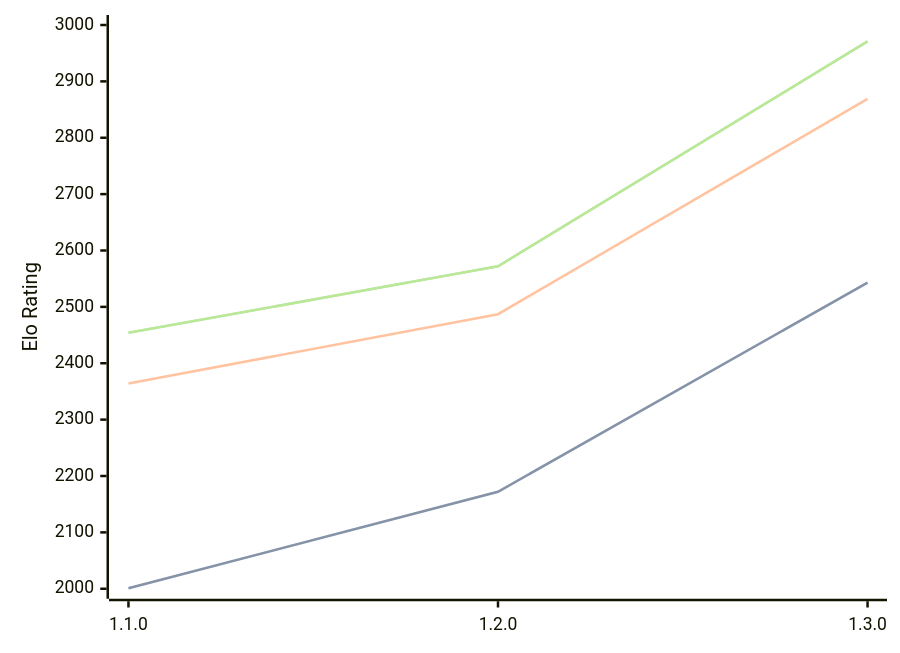
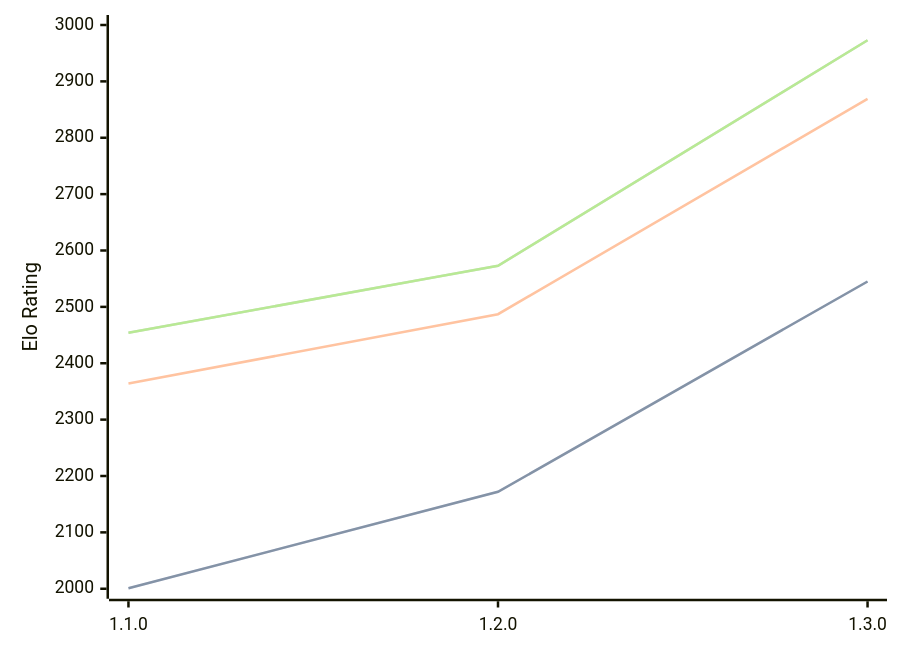
One commit to computer-chess-index/cci changed the diagram in engines/Gyatso.md. Above: the diagram before and after it, drawn with Mermaid. The commit also changed other lines of this file, not shown here.

Commit message:
Update CCI Ratings (ELO VLTC) - 2026-05-14

````diff
--- a/engines/Gyatso.md
+++ b/engines/Gyatso.md
@@ -34,11 +34,11 @@
 ```mermaid
 %%{init: {"theme":"base","themeVariables":{"seriesColors:['#a3a3a3','#222221','#faa371']}}}%%
 xychart-beta
   x-axis ["1.1.0", "1.2.0", "1.3.0"]
   y-axis "Elo Rating" 2000 --> 3000
-  line "STC (8.0+0.08s)" [2001, 2172, 2543]
-  line "STC (8.0+0.08s)" [2001, 2172, 2543]
+  line "STC (8.0+0.08s)" [2001, 2172, 2545]
+  line "STC (8.0+0.08s)" [2001, 2172, 2545]
   line "LTC (60.0+0.60s)" [2364, 2487, 2869]
-  line "VLTC (2m24s+1.12s)" [2454, 2572, 2971]
-  line "VLTC (2m24s+1.12s)" [2454, 2572, 2971]
+  line "VLTC (2m24s+1.12s)" [2454, 2573, 2973]
+  line "VLTC (2m24s+1.12s)" [2454, 2573, 2973]
 ```
````
